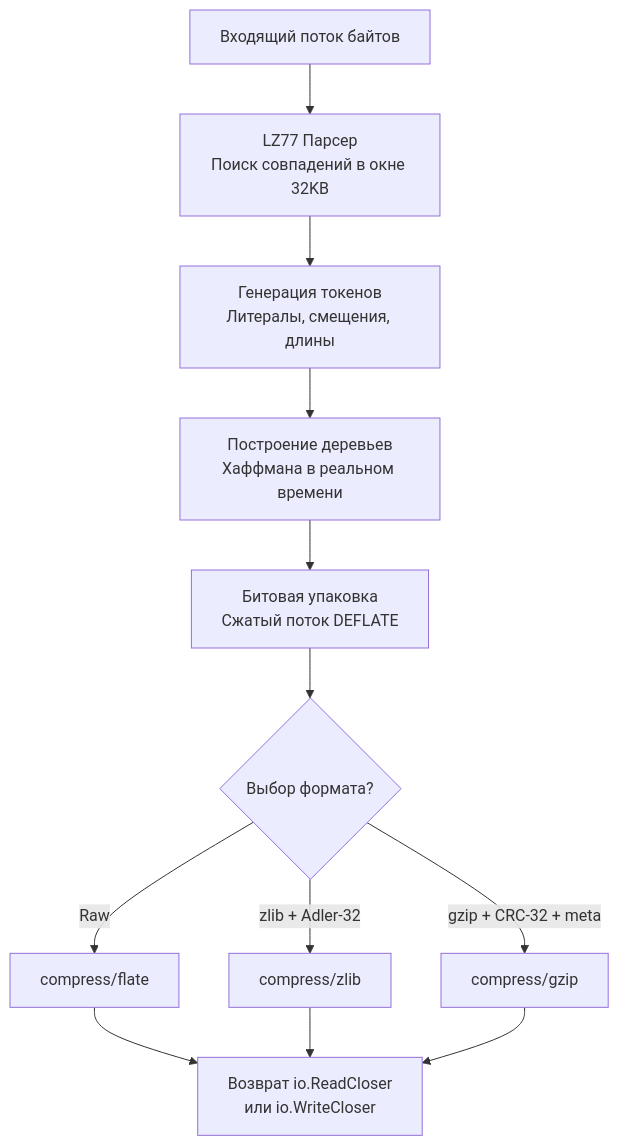
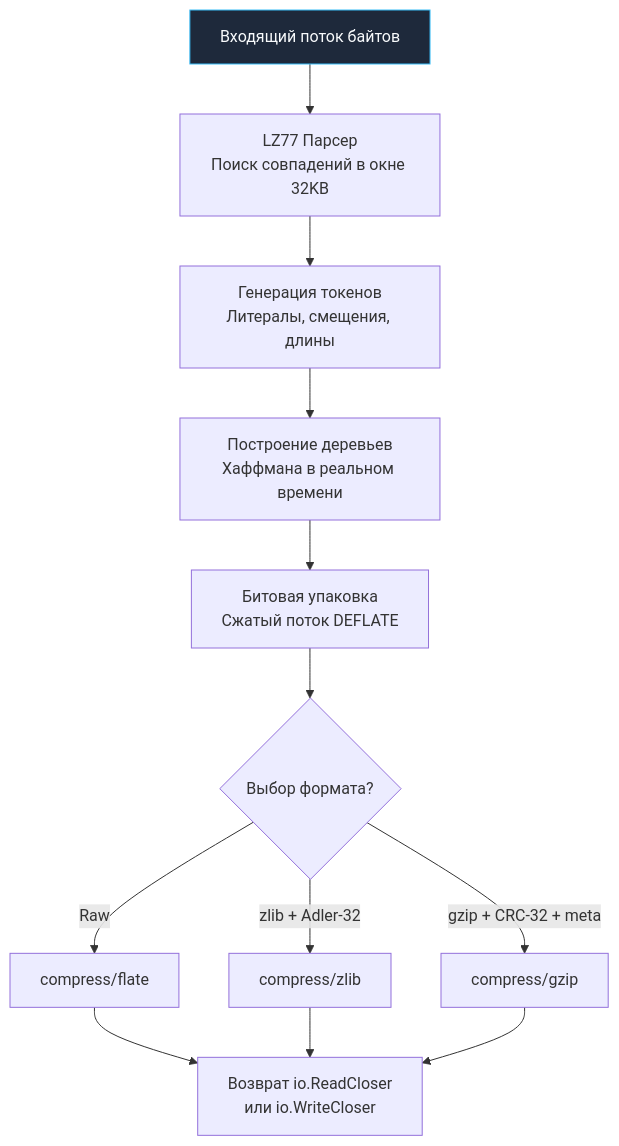
The diagram in sources/6. Стандартная библиотека Go/42. compress_gzip, zlib, flate.md (UnrealTemplier/go-textbook), drawn with Mermaid before and after one commit. The commit also changed 1666 other files, not shown here.

First line of the commit message:
feat(mermaid): add semantic color classDef to 1369 colorless flowchart/graph diagrams

````diff
--- a/sources/6. Стандартная библиотека Go/42. compress_gzip, zlib, flate.md
+++ b/sources/6. Стандартная библиотека Go/42. compress_gzip, zlib, flate.md
@@ -24,14 +24,24 @@
 ```mermaid
 flowchart TD
-    A["Входящий поток байтов"] --> B["LZ77 Парсер<br>Поиск совпадений в окне 32KB"]
+    classDef process  fill:#1e293b,stroke:#38bdf8,stroke-width:1px,color:#f8fafc
+    classDef success  fill:#064e3b,stroke:#34d399,stroke-width:1px,color:#f8fafc
+    classDef error    fill:#7f1d1d,stroke:#f87171,stroke-width:1px,color:#f8fafc
+    classDef warning  fill:#78350f,stroke:#fbbf24,stroke-width:1px,color:#f8fafc
+    classDef entry    fill:#1e3a5f,stroke:#38bdf8,stroke-width:2px,color:#f8fafc
+    classDef aux      fill:#334155,stroke:#64748b,stroke-width:1px,color:#f8fafc
+    classDef system   fill:#312e81,stroke:#a78bfa,stroke-width:1px,color:#f8fafc
+    classDef data     fill:#132d29,stroke:#2dd4bf,stroke-width:1px,color:#f8fafc
+    classDef network  fill:#881337,stroke:#fb7185,stroke-width:1px,color:#f8fafc
+    classDef accent   fill:#1e1b4b,stroke:#818cf8,stroke-width:1px,color:#f8fafc
+    A["Входящий поток байтов"]:::process --> B["LZ77 Парсер<br>Поиск совпадений в окне 32KB"]
     B --> C["Генерация токенов<br>Литералы, смещения, длины"]
     C --> D["Построение деревьев<br>Хаффмана в реальном времени"]
     D --> E["Битовая упаковка<br>Сжатый поток DEFLATE"]
     E --> F{"Выбор формата?"}
     F -->|Raw| G["compress/flate"]
     F -->|zlib + Adler-32| H["compress/zlib"]
     F -->|gzip + CRC-32 + meta| I["compress/gzip"]
     G --> J["Возврат io.ReadCloser<br>или io.WriteCloser"]
     H --> J
     I --> J
 ```
````
